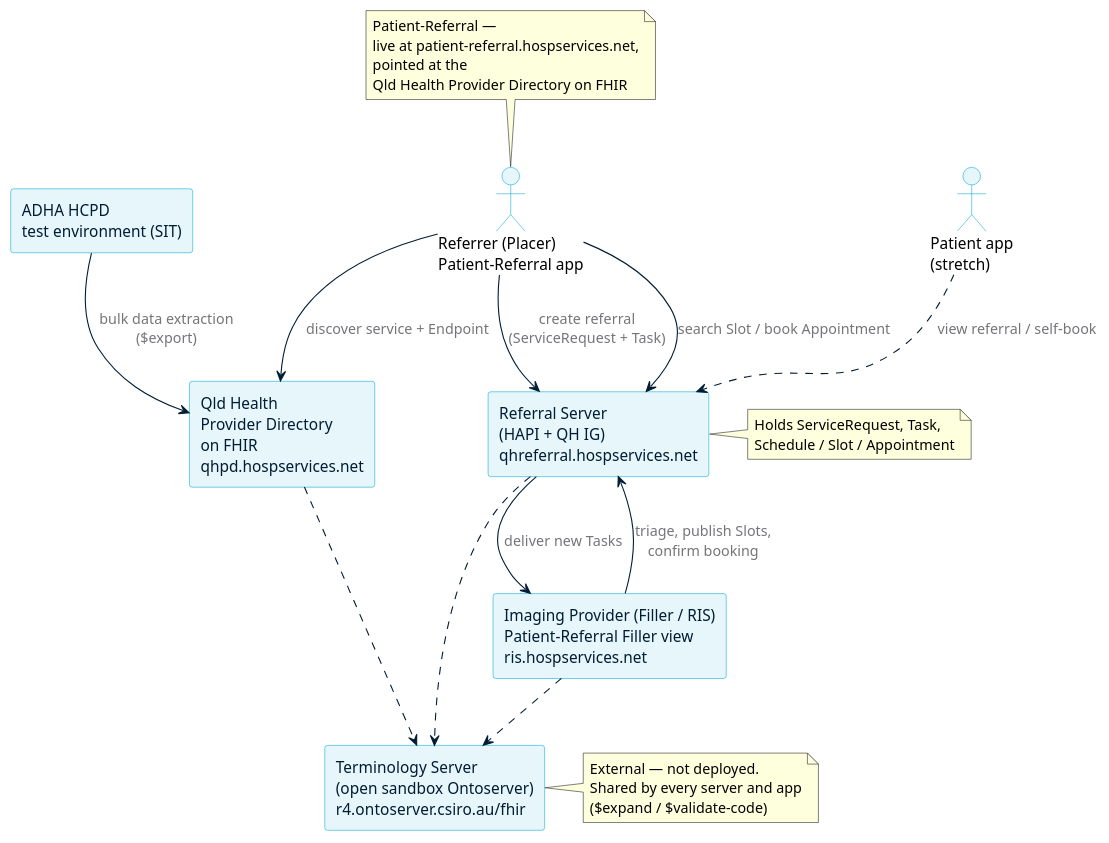
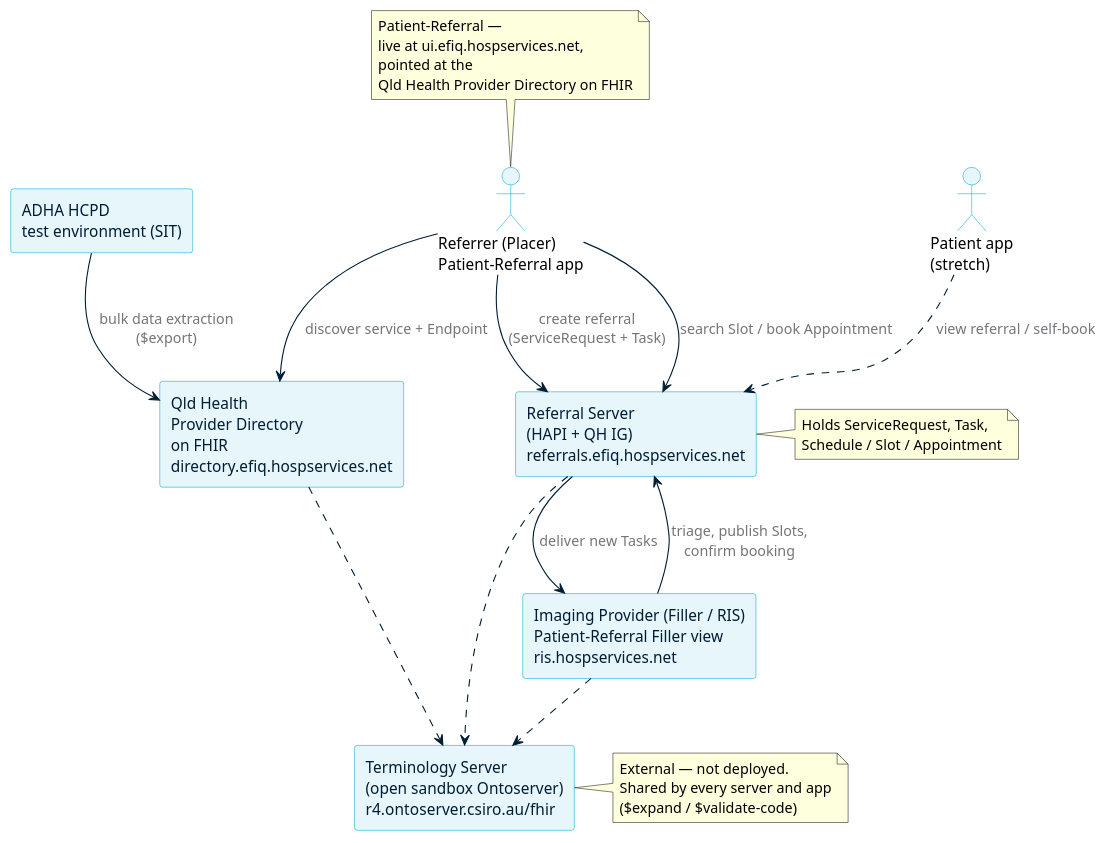
Before and after one commit to aehrc/qh-connectathon: the diagram in 2026-10-29/2-FHIR-For-Services/slides/diagrams/architecture.puml, drawn with PlantUML. The commit also changed 14 other files, not shown here.

First line of the commit message:
Track 2: move hosts to *.efiq.hospservices.net, update docs and rebuild site

```diff
--- a/2026-10-29/2-FHIR-For-Services/slides/diagrams/architecture.puml
+++ b/2026-10-29/2-FHIR-For-Services/slides/diagrams/architecture.puml
@@ -1,57 +1,57 @@
 @startuml architecture
 ' Systems and roles for the radiology referral scenario
 skinparam backgroundColor transparent
 skinparam shadowing false
 skinparam defaultFontName Calibri
 skinparam componentStyle rectangle
 skinparam component {
   BorderColor #00A9CE
   BackgroundColor #E6F6FA
   FontColor #001D34
 }
 skinparam actor {
   BorderColor #00A9CE
   BackgroundColor #E6F6FA
 }
 skinparam ArrowColor #001D34
 skinparam ArrowFontColor #757579
 
 actor "Referrer (Placer)\nPatient-Referral app" as R
-component "Qld Health\nProvider Directory\non FHIR\nqhpd.hospservices.net" as D
+component "Qld Health\nProvider Directory\non FHIR\ndirectory.efiq.hospservices.net" as D
 component "ADHA HCPD\ntest environment (SIT)" as H
-component "Referral Server\n(HAPI + QH IG)\nqhreferral.hospservices.net" as S
+component "Referral Server\n(HAPI + QH IG)\nreferrals.efiq.hospservices.net" as S
 component "Imaging Provider (Filler / RIS)\nPatient-Referral Filler view\nris.hospservices.net" as F
 actor "Patient app\n(stretch)" as P
 component "Terminology Server\n(open sandbox Ontoserver)\nr4.ontoserver.csiro.au/fhir" as T
 
 H --> D : bulk data extraction\n($export)
 R --> D : discover service + Endpoint
 R --> S : create referral\n(ServiceRequest + Task)
 R --> S : search Slot / book Appointment
 F --> S : triage, publish Slots,\nconfirm booking
 S --> F : deliver new Tasks
 P ..> S : view referral / self-book
 
 D ..> T
 S ..> T
 F ..> T
 
 note right of T
   External — not deployed.
   Shared by every server and app
   ($expand / $validate-code)
 end note
 
 note right of S
   Holds ServiceRequest, Task,
   Schedule / Slot / Appointment
 end note
 
 note top of R
   Patient-Referral —
-  live at patient-referral.hospservices.net,
+  live at ui.efiq.hospservices.net,
   pointed at the
   Qld Health Provider Directory on FHIR
 end note
 
 @enduml
```
